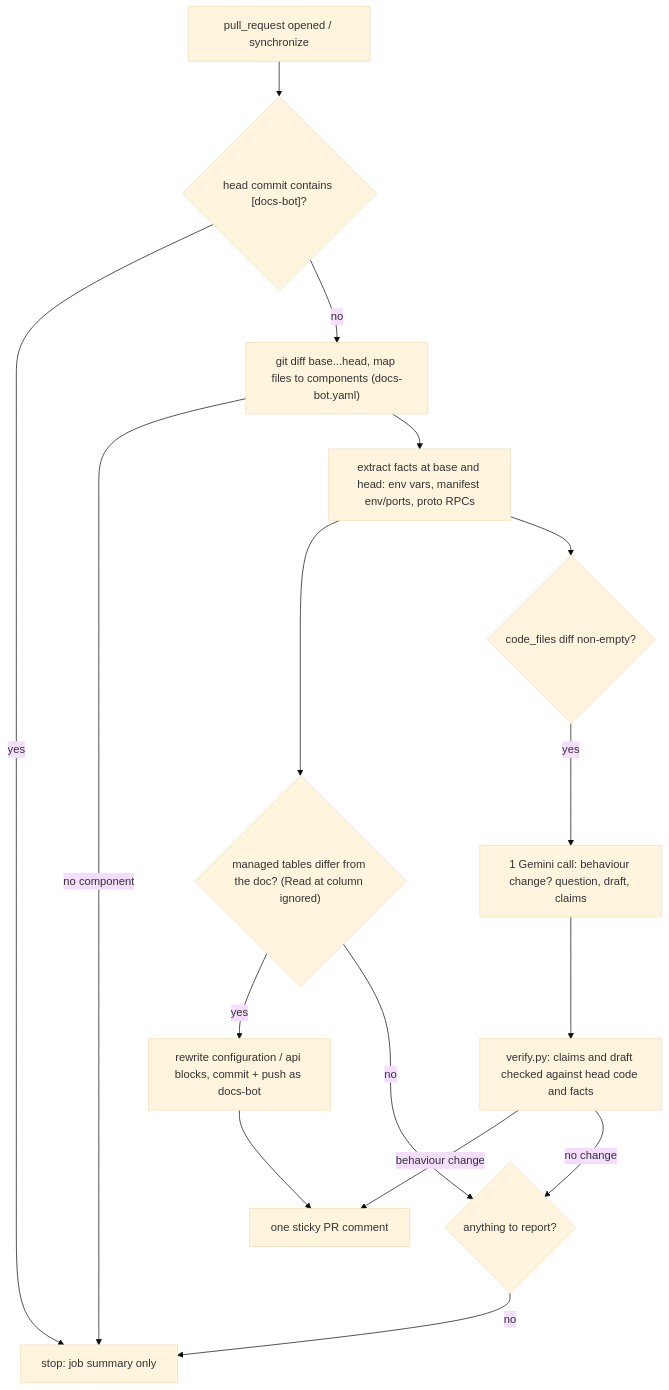
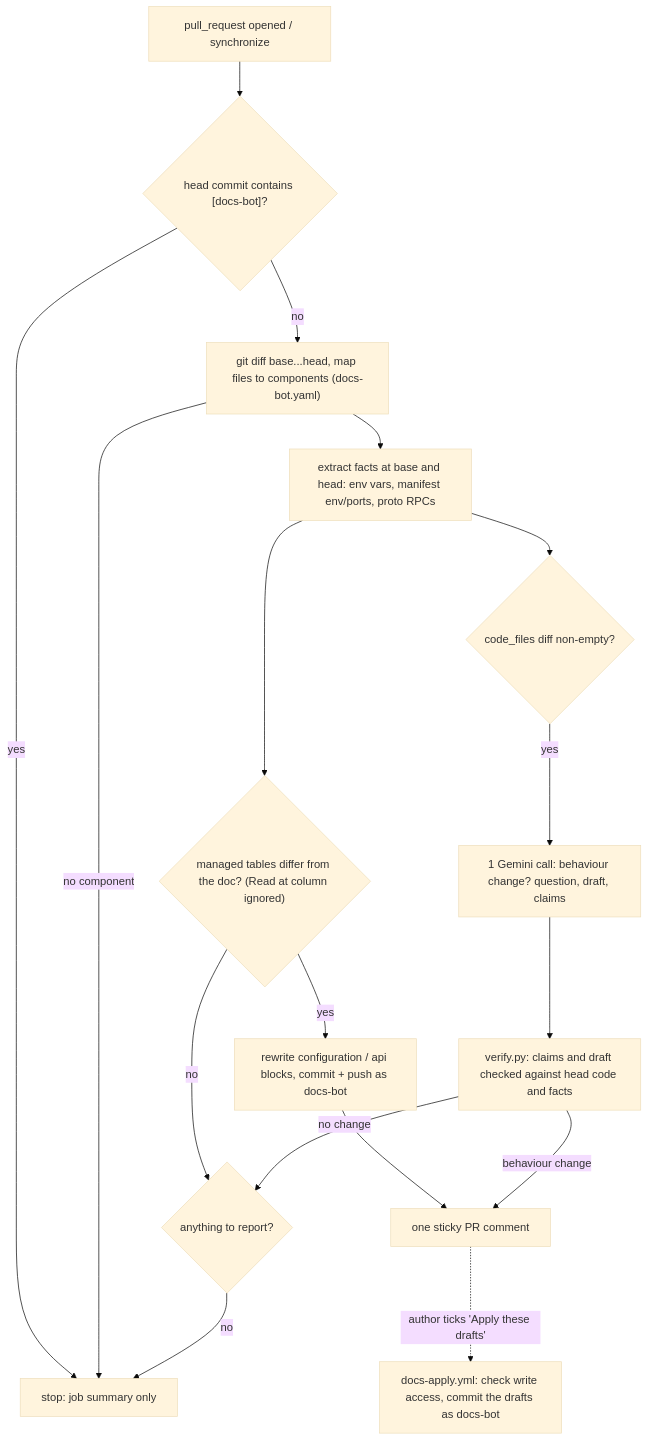
The diagram in tools/docs_bot/README.md (rojuspaukste/microservices-demo), drawn with Mermaid (base theme) before and after one commit. The commit also changed other lines of this file and 10 other files, not shown here.

First line of the commit message:
docs-bot: apply LLM drafts with one checkbox tick

````diff
--- a/tools/docs_bot/README.md
+++ b/tools/docs_bot/README.md
@@ -9,18 +10,19 @@
 ```mermaid
 flowchart TD
   A["pull_request opened / synchronize"] --> B{"head commit contains [docs-bot]?"}
   B -- yes --> Z["stop: job summary only"]
   B -- no --> C["git diff base...head, map files to components (docs-bot.yaml)"]
   C -- "no component" --> Z
   C --> D["extract facts at base and head: env vars, manifest env/ports, proto RPCs"]
   D --> E{"managed tables differ from the doc? (Read at column ignored)"}
   E -- yes --> F["rewrite configuration / api blocks, commit + push as docs-bot"]
   D --> G{"code_files diff non-empty?"}
   G -- yes --> H["1 Gemini call: behaviour change? question, draft, claims"]
   H --> I["verify.py: claims and draft checked against head code and facts"]
   F --> J["one sticky PR comment"]
   I -- "behaviour change" --> J
   E -- no --> K{"anything to report?"}
   I -- "no change" --> K
   K -- no --> Z
+  J -. "author ticks 'Apply these drafts'" .-> L["docs-apply.yml: check write access, commit the drafts as docs-bot"]
 ```
````
